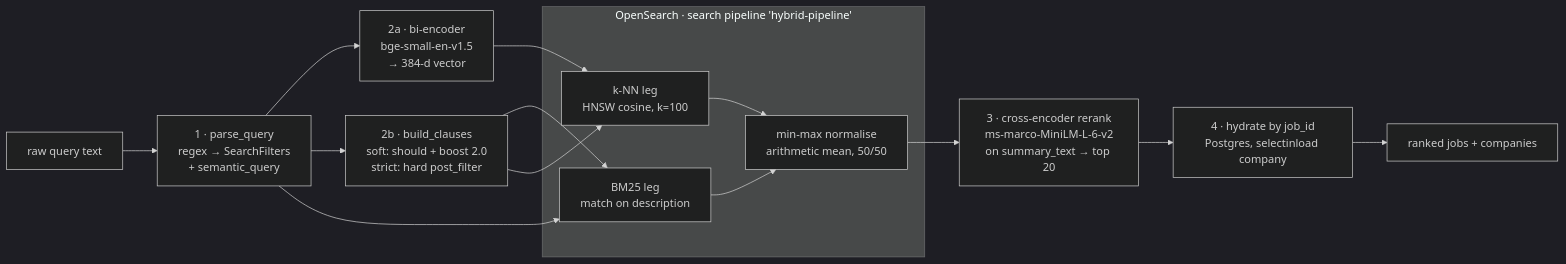
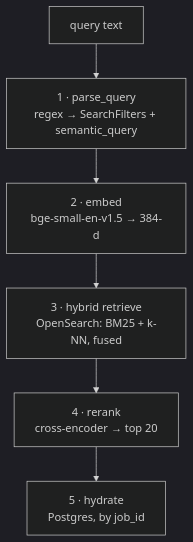
The second of 7 diagrams in README.md (LorenzoSchiroli/jobstrainer), drawn with Mermaid (dark theme) before and after one commit. The commit also changed other lines of this file, not shown here.

````diff
--- a/README.md
+++ b/README.md
@@ -107,23 +84,11 @@
 ```mermaid
-flowchart LR
-    Q["raw query text"] --> P["1 · parse_query<br/>regex → SearchFilters<br/>+ semantic_query"]
-    P --> EMB["2a · bi-encoder<br/>bge-small-en-v1.5<br/>→ 384-d vector"]
-    P --> CL["2b · build_clauses<br/>soft: should + boost 2.0<br/>strict: hard post_filter"]
+flowchart TB
+    Q["query text"]
+    P["1 · parse_query<br/>regex → SearchFilters + semantic_query"]
+    E["2 · embed<br/>bge-small-en-v1.5 → 384-d"]
+    H["3 · hybrid retrieve<br/>OpenSearch: BM25 + k-NN, fused"]
+    R["4 · rerank<br/>cross-encoder → top 20"]
+    D["5 · hydrate<br/>Postgres, by job_id"]
 
-    subgraph OSB["OpenSearch · search pipeline 'hybrid-pipeline'"]
-        BM["BM25 leg<br/>match on description"]
-        KNN["k-NN leg<br/>HNSW cosine, k=100"]
-        NORM["min-max normalise<br/>arithmetic mean, 50/50"]
-        BM --> NORM
-        KNN --> NORM
-    end
-
-    EMB --> KNN
-    CL --> BM
-    CL --> KNN
-    P --> BM
-
-    NORM --> RR["3 · cross-encoder rerank<br/>ms-marco-MiniLM-L-6-v2<br/>on summary_text → top 20"]
-    RR --> HY["4 · hydrate by job_id<br/>Postgres, selectinload company"]
-    HY --> OUT["ranked jobs + companies"]
+    Q --> P --> E --> H --> R --> D
 ```
````
